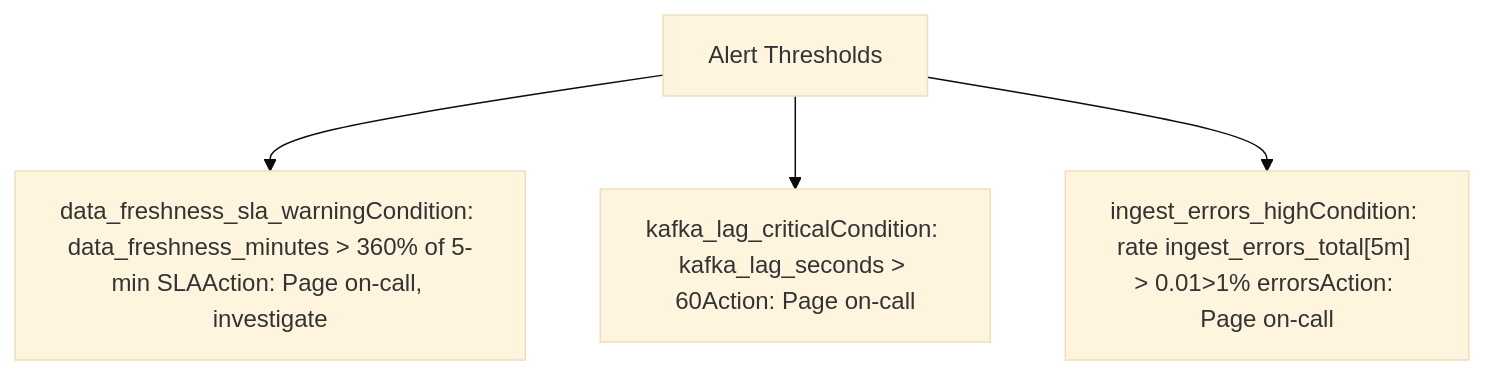
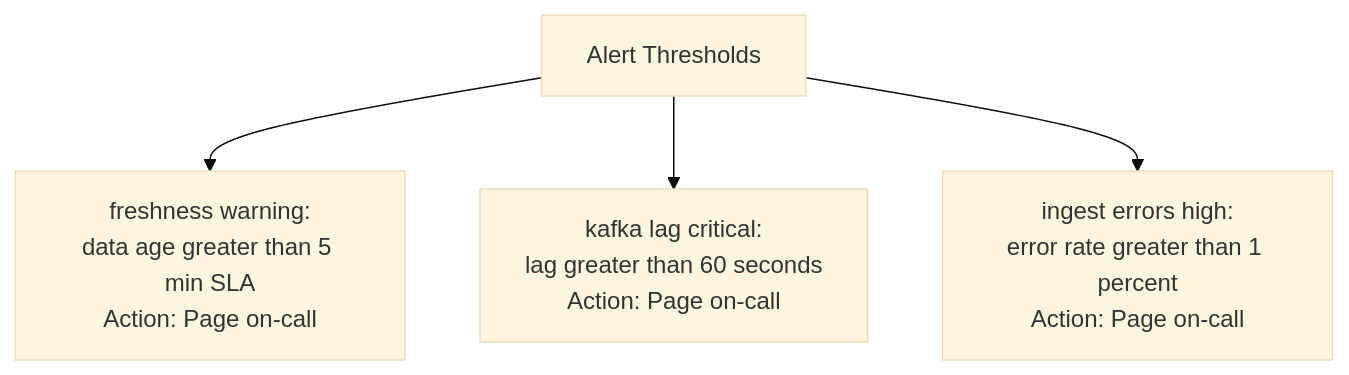
Before and after one commit to naren-chakraview/chakraview-fintech-data-mesh: the seventh of 8 diagrams in docs/production/troubleshooting.md, drawn with Mermaid (base theme). The commit also changed other lines of this file and 21 other files, not shown here.

First line of the commit message:
Fix mermaid diagram rendering issues in fintech data mesh documentation

````diff
--- a/docs/production/troubleshooting.md
+++ b/docs/production/troubleshooting.md
@@ -156,7 +156,7 @@
 ```mermaid
 graph TD
     A["Alert Thresholds"]
-    A --> A1["data_freshness_sla_warningCondition: data_freshness_minutes > 360% of 5-min SLAAction: Page on-call, investigate"]
-    A --> A2["kafka_lag_criticalCondition: kafka_lag_seconds > 60Action: Page on-call"]
-    A --> A3["ingest_errors_highCondition: rate ingest_errors_total[5m] > 0.01>1% errorsAction: Page on-call"]
+    A --> A1["freshness warning:<br/>data age greater than 5 min SLA<br/>Action: Page on-call"]
+    A --> A2["kafka lag critical:<br/>lag greater than 60 seconds<br/>Action: Page on-call"]
+    A --> A3["ingest errors high:<br/>error rate greater than 1 percent<br/>Action: Page on-call"]
 ```
````
